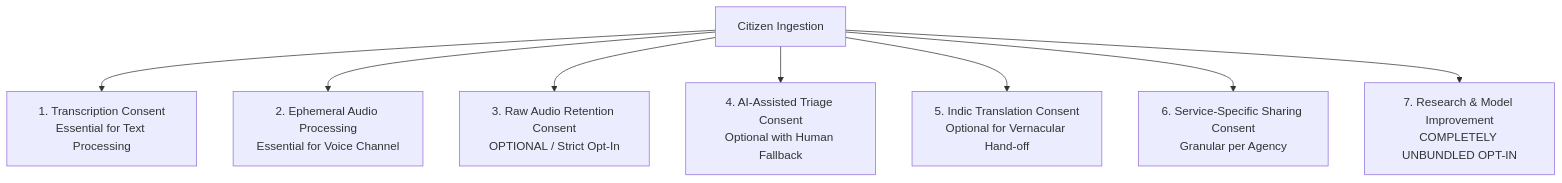
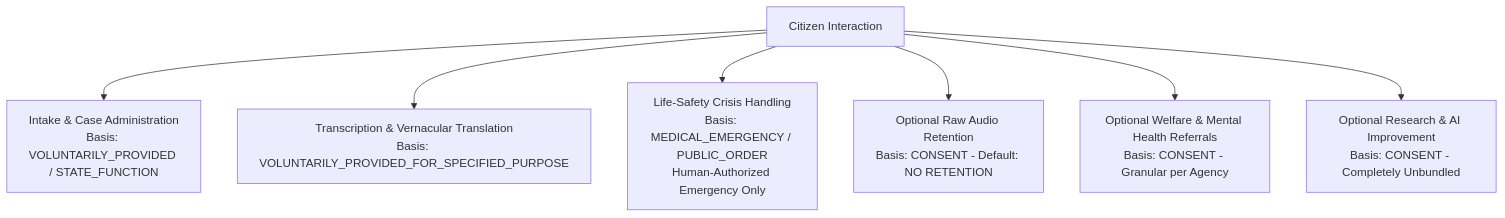
The diagram in docs/privacy/CONSENT_MODEL.md (Abdulrehman1978/93), drawn with Mermaid before and after one commit. The commit also changed other lines of this file and 18 other files, not shown here.

````diff
--- a/docs/privacy/CONSENT_MODEL.md
+++ b/docs/privacy/CONSENT_MODEL.md
@@ -25,10 +36,9 @@
 ```mermaid
 graph TD
-    Citizen[Citizen Ingestion] --> C1[1. Transcription Consent<br/>Essential for Text Processing]
-    Citizen --> C2[2. Ephemeral Audio Processing<br/>Essential for Voice Channel]
-    Citizen --> C3[3. Raw Audio Retention Consent<br/>OPTIONAL / Strict Opt-In]
-    Citizen --> C4[4. AI-Assisted Triage Consent<br/>Optional with Human Fallback]
-    Citizen --> C5[5. Indic Translation Consent<br/>Optional for Vernacular Hand-off]
-    Citizen --> C6[6. Service-Specific Sharing Consent<br/>Granular per Agency]
-    Citizen --> C7[7. Research & Model Improvement<br/>COMPLETELY UNBUNDLED OPT-IN]
+    Citizen[Citizen Interaction] --> LB1[Intake & Case Administration<br/>Basis: VOLUNTARILY_PROVIDED / STATE_FUNCTION]
+    Citizen --> LB2[Transcription & Vernacular Translation<br/>Basis: VOLUNTARILY_PROVIDED_FOR_SPECIFIED_PURPOSE]
+    Citizen --> LB3[Life-Safety Crisis Handling<br/>Basis: MEDICAL_EMERGENCY / PUBLIC_ORDER<br/>Human-Authorized Emergency Only]
+    Citizen --> C1[Optional Raw Audio Retention<br/>Basis: CONSENT - Default: NO RETENTION]
+    Citizen --> C2[Optional Welfare & Mental Health Referrals<br/>Basis: CONSENT - Granular per Agency]
+    Citizen --> C3[Optional Research & AI Improvement<br/>Basis: CONSENT - Completely Unbundled]
 ```
````
